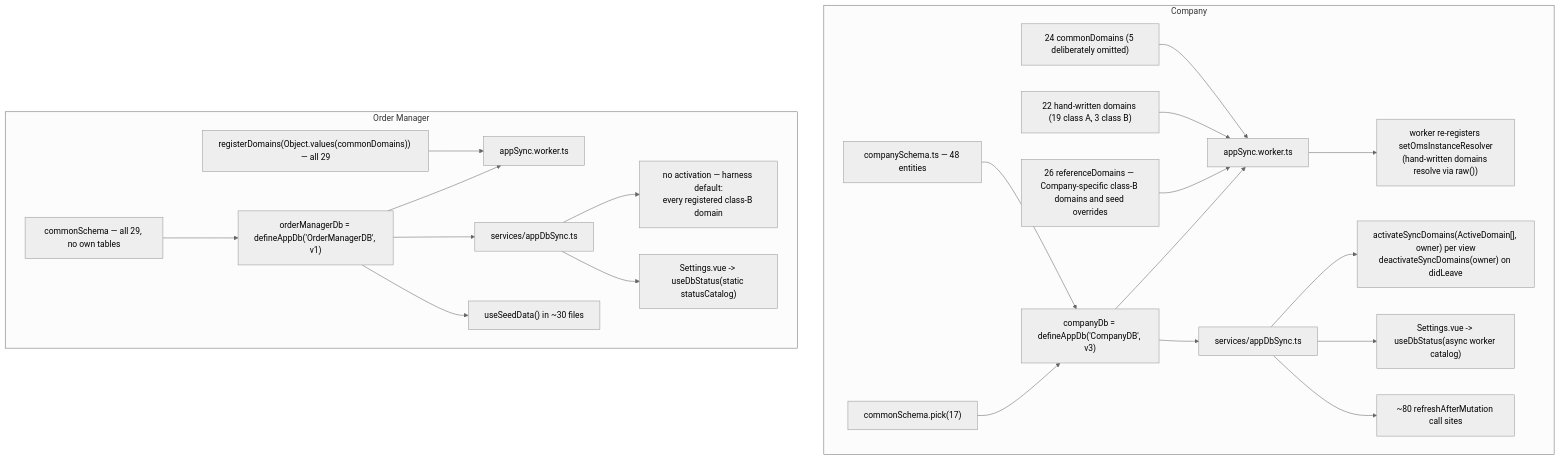
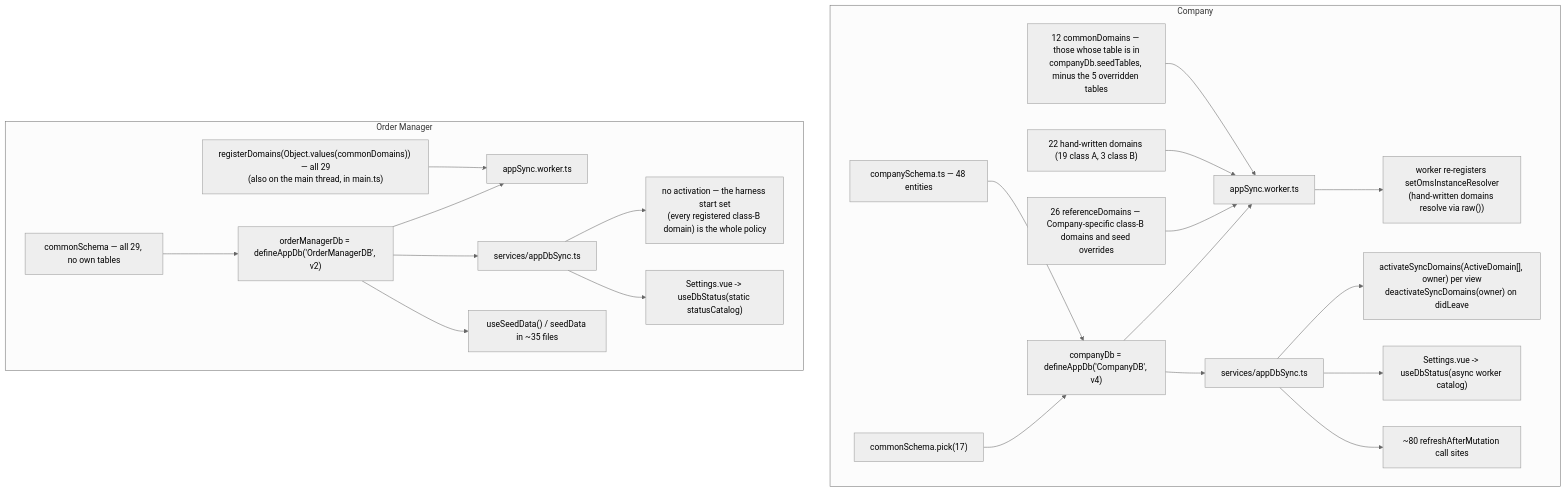
One commit to hotwax/accxui changed diagram 31 of 31 in docs/APP_DB_SYNC_FLOWS.md. Above: the diagram before and after it, drawn with Mermaid (neutral theme). The commit also changed other lines of this file and 2 other files, not shown here.

Commit message:
Updated: App database docs for the query, sync activation, seed data and refetch changes made since they were last revised.

````diff
--- a/docs/APP_DB_SYNC_FLOWS.md
+++ b/docs/APP_DB_SYNC_FLOWS.md
@@ -986,39 +1195,39 @@
 ```mermaid
 graph TB
     subgraph co["Company"]
       CSCHEMA["companySchema.ts — 48 entities"]
       CPICK["commonSchema.pick(17)"]
-      CDB["companyDb = defineAppDb('CompanyDB', v3)"]
+      CDB["companyDb = defineAppDb('CompanyDB', v4)"]
       CSCHEMA --> CDB
       CPICK --> CDB
       CW["appSync.worker.ts"]
-      CSEED["24 commonDomains (5 deliberately omitted)"]
+      CSEED["12 commonDomains — those whose table is in<br/>companyDb.seedTables, minus the 5 overridden tables"]
       CHAND["22 hand-written domains (19 class A, 3 class B)"]
       CREF["26 referenceDomains — Company-specific class-B domains and seed overrides"]
       CSEED --> CW
       CHAND --> CW
       CREF --> CW
       CDB --> CW
       CW --> CRES["worker re-registers setOmsInstanceResolver<br/>(hand-written domains resolve via raw())"]
       CSVC["services/appDbSync.ts"]
       CDB --> CSVC
       CSVC --> CVIEW["activateSyncDomains(ActiveDomain[], owner) per view<br/>deactivateSyncDomains(owner) on didLeave"]
       CSVC --> CSET["Settings.vue -> useDbStatus(async worker catalog)"]
       CSVC --> CMUT["~80 refreshAfterMutation call sites"]
     end
 
     subgraph om["Order Manager"]
       OSCH["commonSchema — all 29, no own tables"]
-      ODB["orderManagerDb = defineAppDb('OrderManagerDB', v1)"]
+      ODB["orderManagerDb = defineAppDb('OrderManagerDB', v2)"]
       OSCH --> ODB
       OW["appSync.worker.ts"]
-      OSEED["registerDomains(Object.values(commonDomains)) — all 29"]
+      OSEED["registerDomains(Object.values(commonDomains)) — all 29<br/>(also on the main thread, in main.ts)"]
       OSEED --> OW
       ODB --> OW
       OSVC["services/appDbSync.ts"]
       ODB --> OSVC
-      OSVC --> ODEF["no activation — harness default:<br/>every registered class-B domain"]
+      OSVC --> ODEF["no activation — the harness start set<br/>(every registered class-B domain) is the whole policy"]
       OSVC --> OSET["Settings.vue -> useDbStatus(static statusCatalog)"]
-      ODB --> OREAD["useSeedData() in ~30 files"]
+      ODB --> OREAD["useSeedData() / seedData in ~35 files"]
     end
 ```
````
